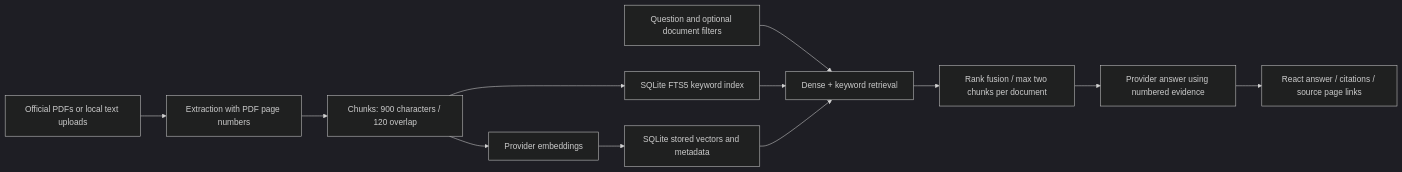
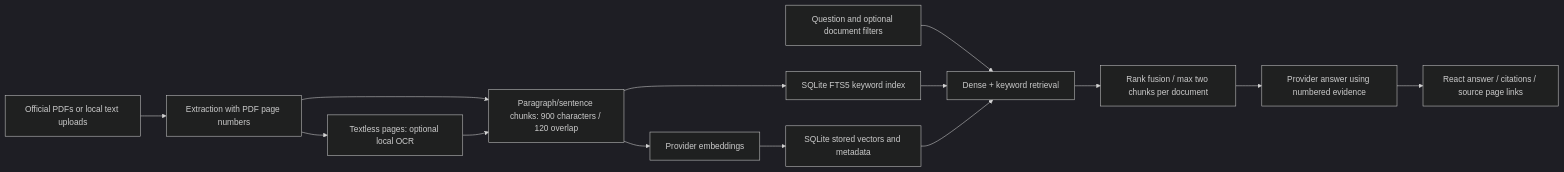
The diagram in README.md (AyushPatil123/CampusLens), drawn with Mermaid (dark theme) before and after one commit. The commit also changed other lines of this file and 18 other files, not shown here.

Commit message:
Improve document chunking and add optional local OCR

````diff
--- a/README.md
+++ b/README.md
@@ -19,14 +19,16 @@
 ```mermaid
 flowchart LR
     A[Official PDFs or local text uploads] --> B[Extraction with PDF page numbers]
-    B --> C[Chunks: 900 characters / 120 overlap]
+    B --> C[Paragraph/sentence chunks: 900 characters / 120 overlap]
+    B --> O[Textless pages: optional local OCR]
+    O --> C
     C --> D[Provider embeddings]
     C --> E[SQLite FTS5 keyword index]
     D --> F[SQLite stored vectors and metadata]
     Q[Question and optional document filters] --> R[Dense + keyword retrieval]
     E --> R
     F --> R
     R --> S[Rank fusion / max two chunks per document]
     S --> T[Provider answer using numbered evidence]
     T --> U[React answer / citations / source page links]
 ```
````
